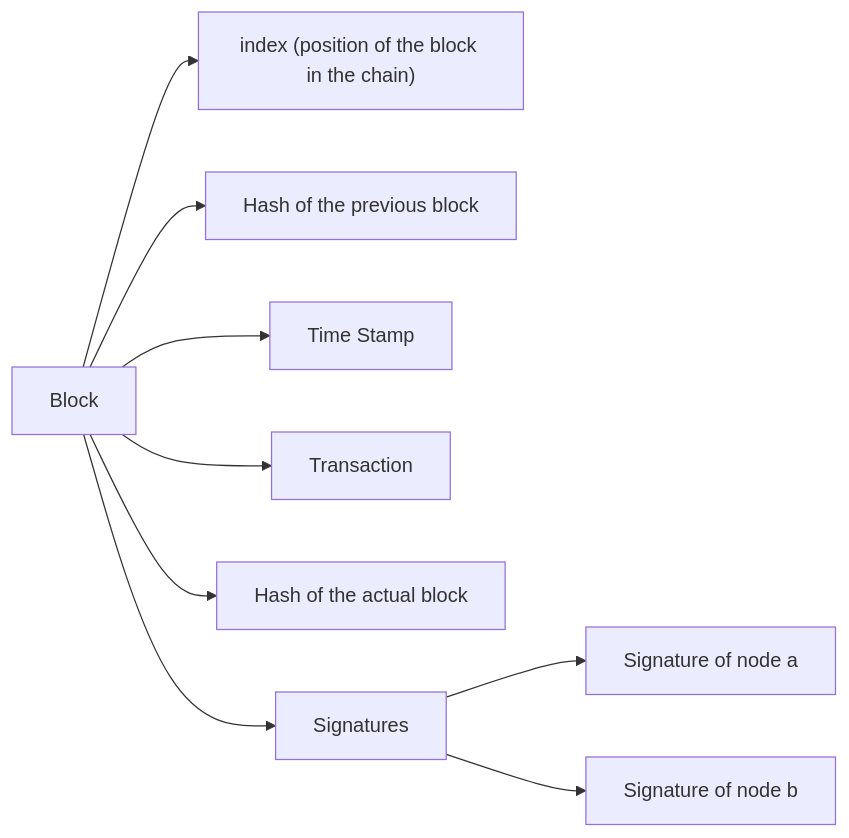
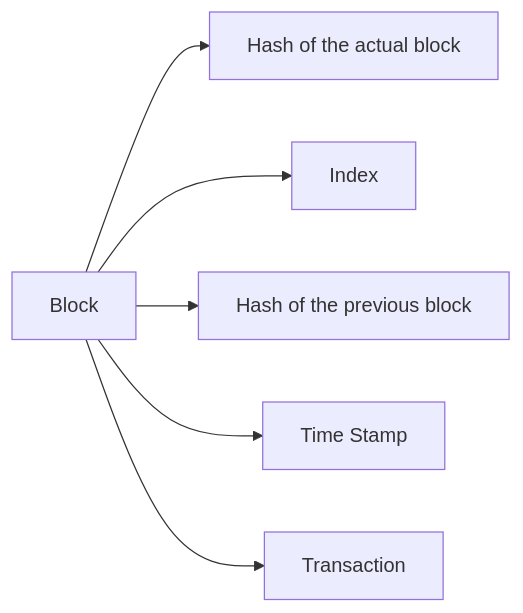
One commit to Swelshin/SwelCoin changed the first of 2 diagrams in README.md. Above: the diagram before and after it, drawn with Mermaid. The commit also changed other lines of this file, not shown here.

````diff
--- a/README.md
+++ b/README.md
@@ -11,22 +11,16 @@
 ```mermaid
 
 flowchart LR
     block["Block"]
-    index["index (position of the block in the chain)"]
+    index["Index"]
     prevhash["Hash of the previous block"]
-    signaturea["Signature of node a"]
-    signatureb["Signature of node b"]
     timestamp["Time Stamp"]
     transaction["Transaction"]
     hash["Hash of the actual block"]
-    signatures["Signatures"]
     block --> hash
     block --> index
     block --> prevhash
-    block --> signatures
-    signatures --> signaturea
-    signatures --> signatureb
     block --> timestamp
     block --> transaction
 
 ```
````
